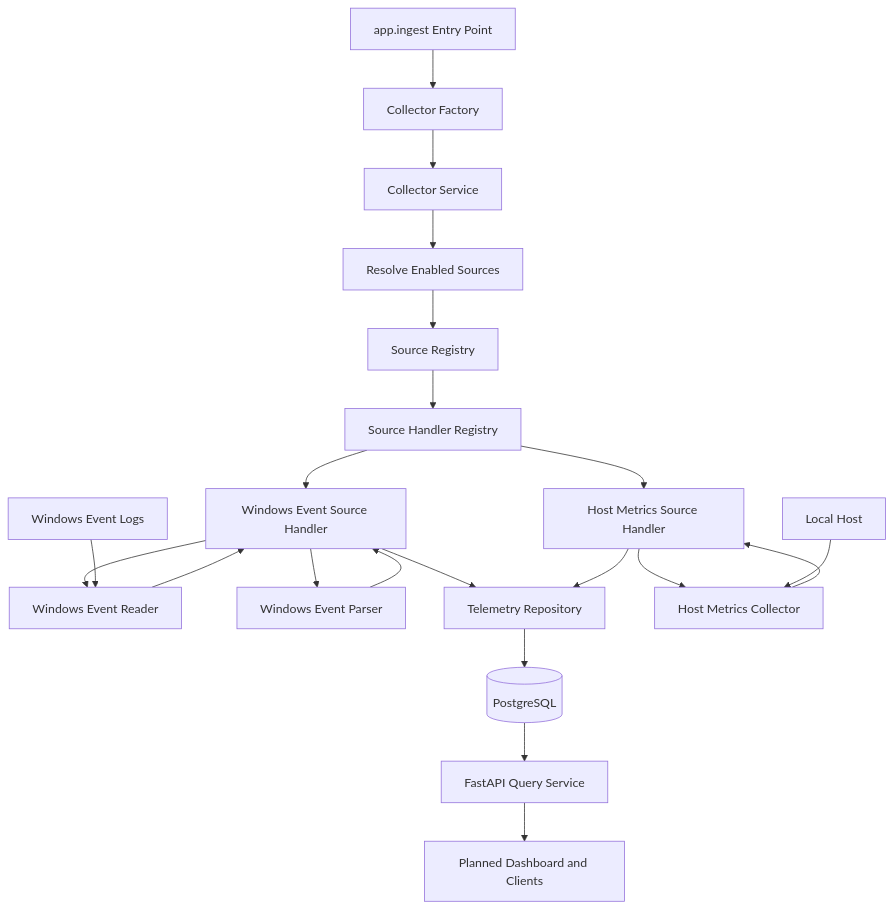
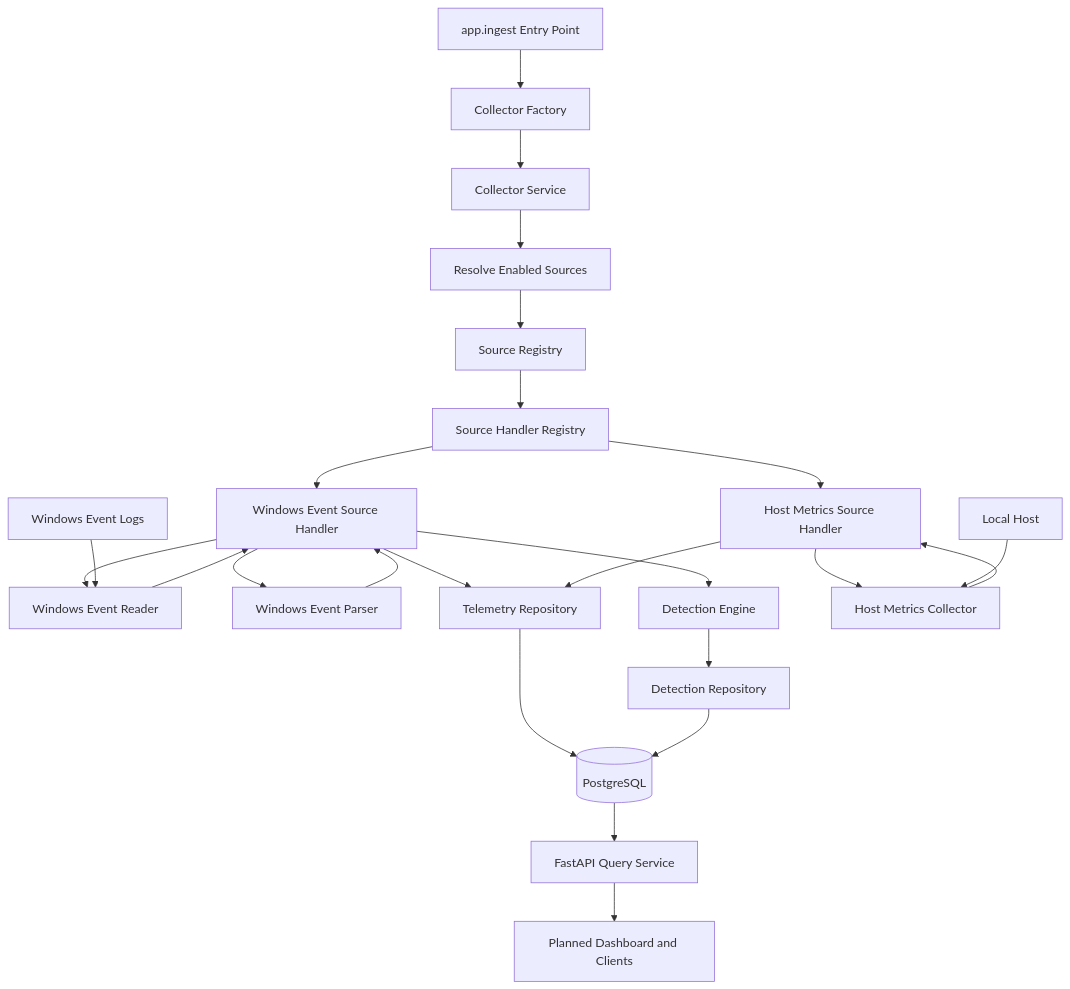
One commit to Hilliam1/Telemetry-Platform changed the fifth of 23 diagrams in docs/01_System_Architecture.md. Above: the diagram before and after it, drawn with Mermaid. The commit also changed other lines of this file and 19 other files, not shown here.

````diff
--- a/docs/01_System_Architecture.md
+++ b/docs/01_System_Architecture.md
@@ -215,28 +217,31 @@
 ```mermaid
 flowchart TD
  A[app.ingest Entry Point] --> B[Collector Factory]
  B --> C[Collector Service]
  C --> D[Resolve Enabled Sources]
  D --> E[Source Registry]
  E --> F[Source Handler Registry]
 
  F --> G[Windows Event Source Handler]
  F --> H[Host Metrics Source Handler]
 
  G --> I[Windows Event Reader]
  I --> G
  G --> J[Windows Event Parser]
  J --> G
  G --> K[Telemetry Repository]
+ G --> R[Detection Engine]
+ R --> S[Detection Repository]
 
  H --> L[Host Metrics Collector]
  L --> H
  H --> K
 
  K --> M[(PostgreSQL)]
+ S --> M
  M --> N[FastAPI Query Service]
  N --> O[Planned Dashboard and Clients]
 
  P[Windows Event Logs] --> I
  Q[Local Host] --> L
 ```
````
